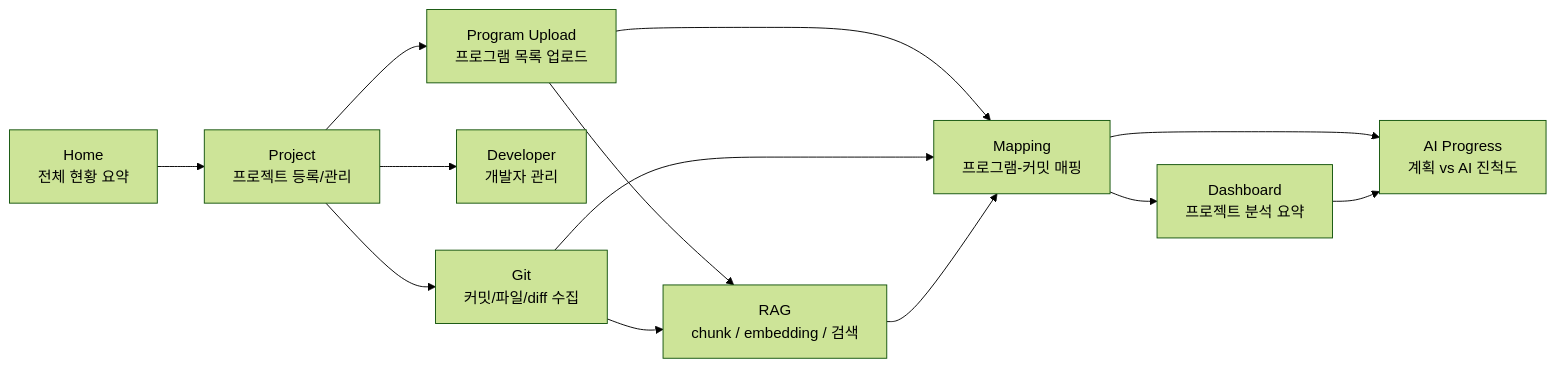
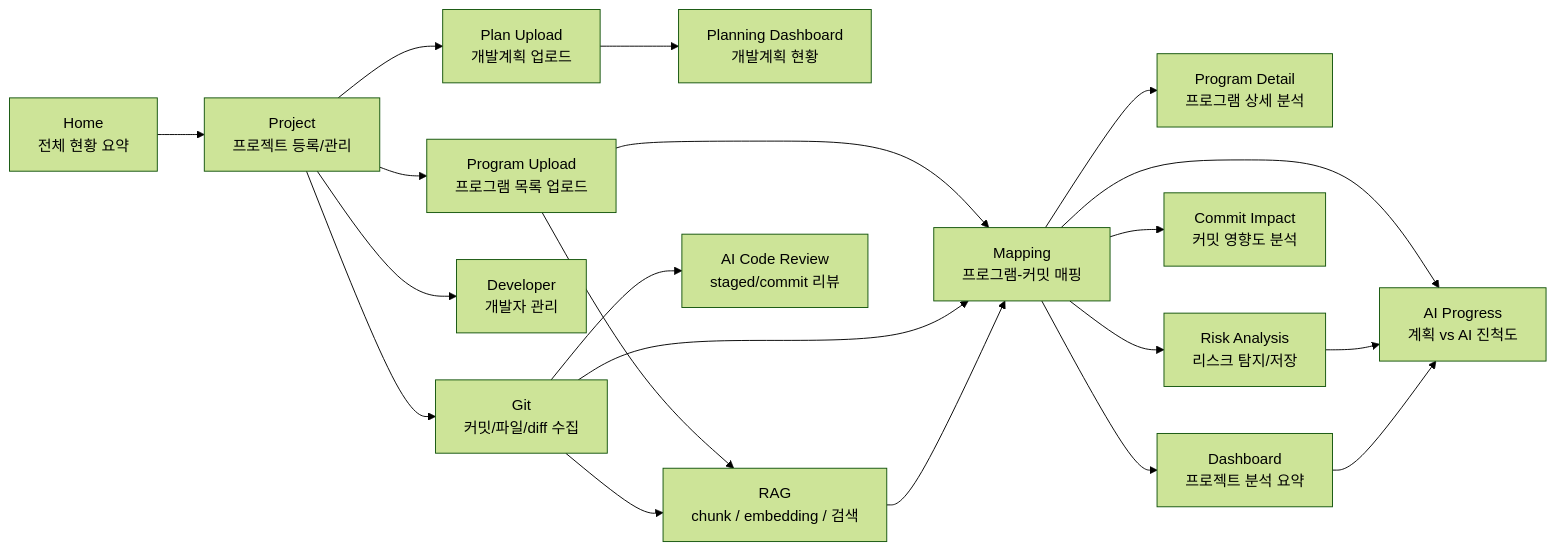
Before and after one commit to ino5/ai-commit-advisor-26: the second of 7 diagrams in README_ARCHITECTURE.md, drawn with Mermaid (forest theme). The commit also changed other lines of this file, not shown here.

Commit message:
Update architecture documentation

````diff
--- a/README_ARCHITECTURE.md
+++ b/README_ARCHITECTURE.md
@@ -51,15 +63,22 @@
 ```mermaid
 flowchart LR
     Home["Home<br/>전체 현황 요약"] --> Project["Project<br/>프로젝트 등록/관리"]
     Project --> Program["Program Upload<br/>프로그램 목록 업로드"]
+    Project --> PlanUpload["Plan Upload<br/>개발계획 업로드"]
     Project --> Developer["Developer<br/>개발자 관리"]
     Project --> Git["Git<br/>커밋/파일/diff 수집"]
     Program --> Mapping["Mapping<br/>프로그램-커밋 매핑"]
+    PlanUpload --> PlanningDashboard["Planning Dashboard<br/>개발계획 현황"]
     Git --> Mapping
     Program --> RAG["RAG<br/>chunk / embedding / 검색"]
     Git --> RAG
     RAG --> Mapping
+    Mapping --> ProgramDetail["Program Detail<br/>프로그램 상세 분석"]
+    Mapping --> Risk["Risk Analysis<br/>리스크 탐지/저장"]
+    Mapping --> Impact["Commit Impact<br/>커밋 영향도 분석"]
+    Git --> CodeReview["AI Code Review<br/>staged/commit 리뷰"]
     Mapping --> Dashboard["Dashboard<br/>프로젝트 분석 요약"]
     Mapping --> AIProgress["AI Progress<br/>계획 vs AI 진척도"]
+    Risk --> AIProgress
     Dashboard --> AIProgress
 ```
````
